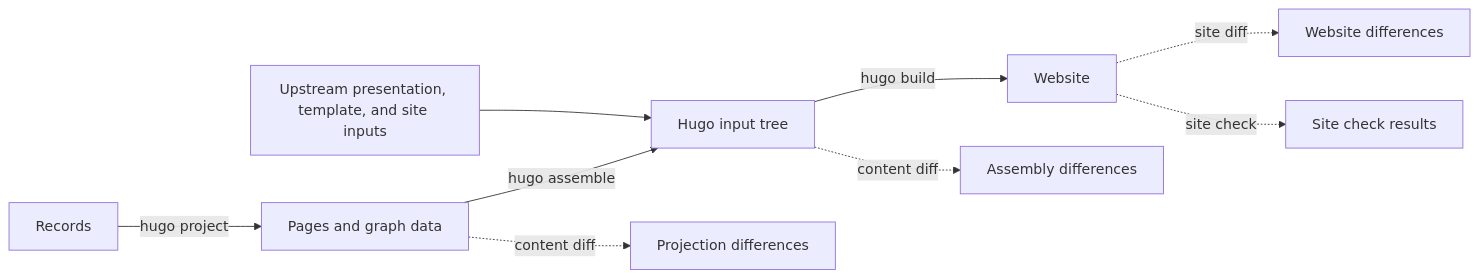
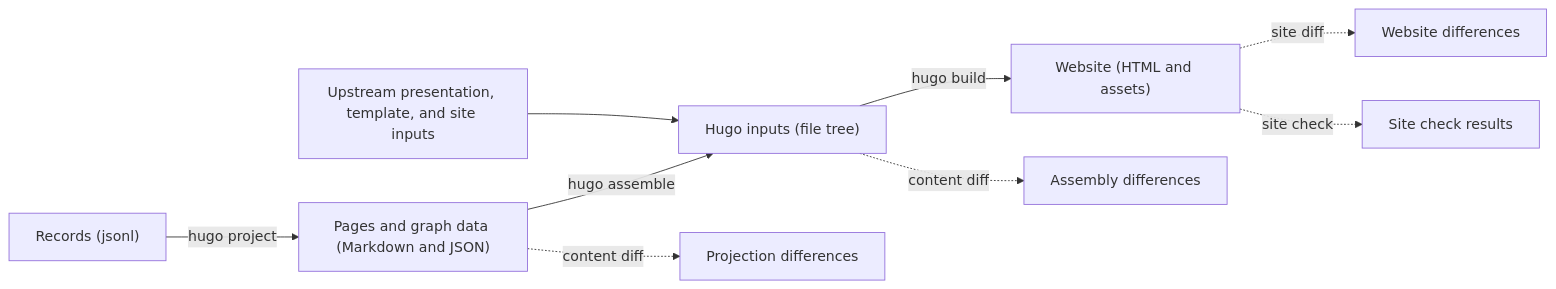
One commit to ORINOCO-Lite/orinoco-lite-dev changed the second of 3 diagrams in packages/diff-review-application/README.md. Above: the diagram before and after it, drawn with Mermaid. The commit also changed 13 other files, not shown here.

````diff
--- a/packages/diff-review-application/README.md
+++ b/packages/diff-review-application/README.md
@@ -33,11 +33,11 @@
 ```mermaid
 flowchart LR
-  records[Records] -->|hugo project| projection[Pages and graph data]
-  projection -->|hugo assemble| assembly[Hugo input tree]
+  records["Records (jsonl)"] -->|hugo project| projection["Pages and graph data (Markdown and JSON)"]
+  projection -->|hugo assemble| assembly["Hugo inputs (file tree)"]
   sources[Upstream presentation, template, and site inputs] --> assembly
-  assembly -->|hugo build| website[Website]
+  assembly -->|hugo build| website["Website (HTML and assets)"]
   projection -. content diff .-> p[Projection differences]
   assembly -. content diff .-> a[Assembly differences]
   website -. site diff .-> w[Website differences]
   website -. site check .-> checks[Site check results]
 ```
````
